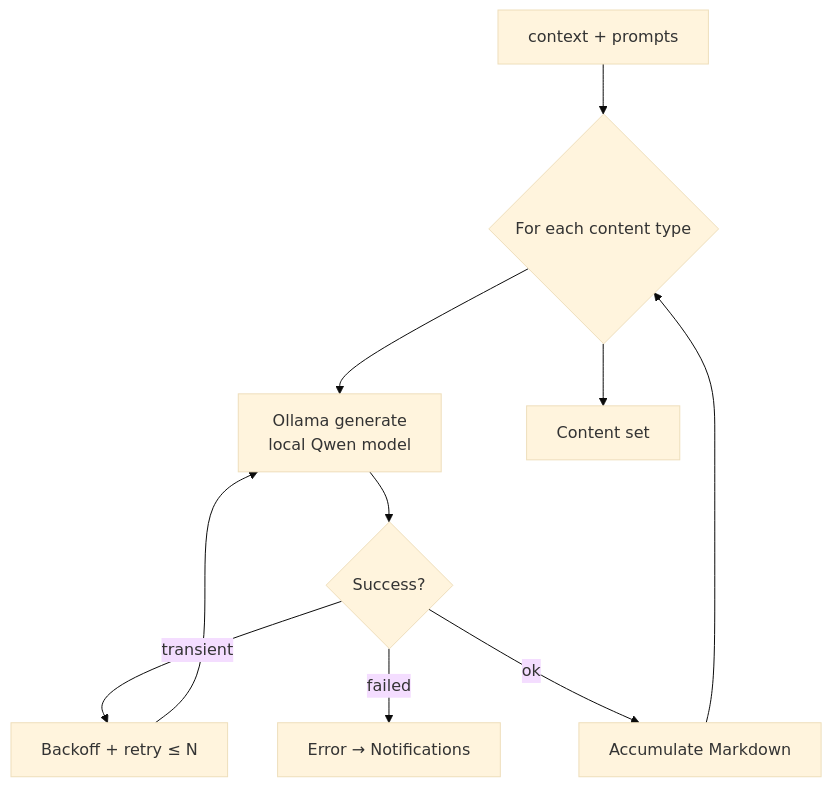
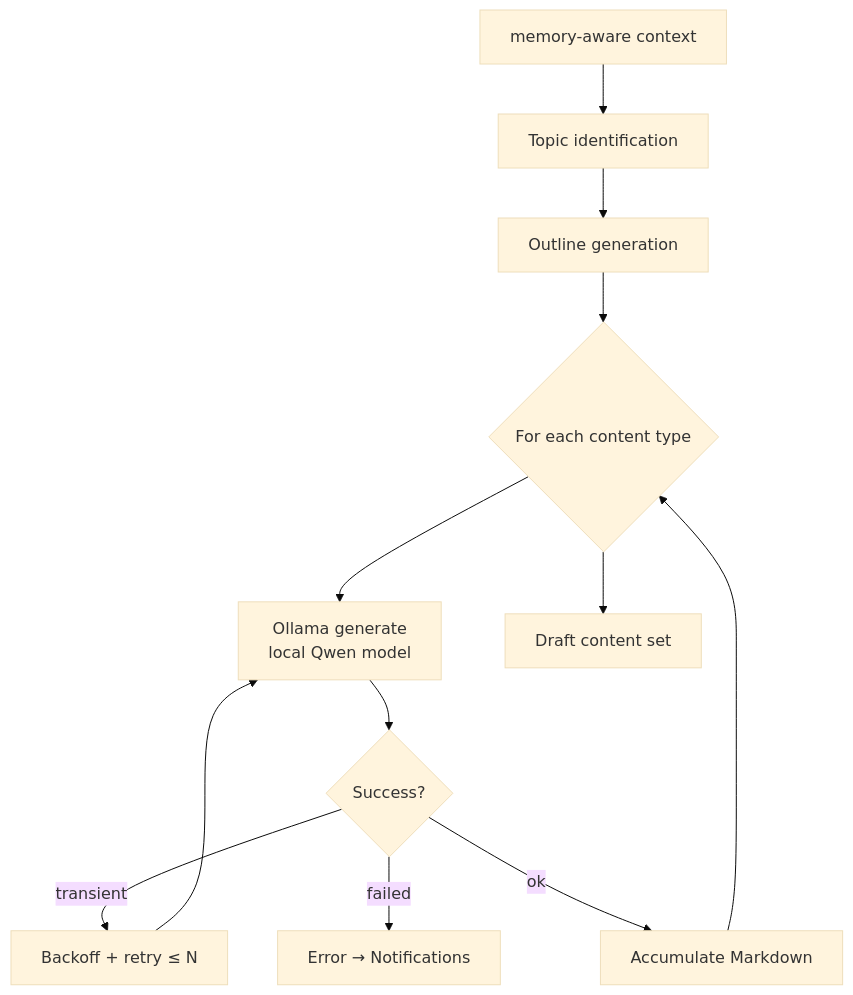
Before and after one commit to teddynted/ai-github-repository-blog-generator: the sixth of 9 diagrams in docs/workflows.md, drawn with Mermaid (base theme). The commit also changed other lines of this file and 12 other files, not shown here.

````diff
--- a/docs/workflows.md
+++ b/docs/workflows.md
@@ -91,12 +132,14 @@
 ```mermaid
 flowchart TB
-    P[context + prompts] --> LOOP{For each content type}
+    P[memory-aware context] --> TID[Topic identification]
+    TID --> OUT[Outline generation]
+    OUT --> LOOP{For each content type}
     LOOP --> OL[Ollama generate<br/>local Qwen model]
     OL --> C{Success?}
     C -- transient --> RB[Backoff + retry ≤ N]
     RB --> OL
     C -- failed --> E[Error → Notifications]
     C -- ok --> ACC[Accumulate Markdown]
     ACC --> LOOP
-    LOOP --> O[Content set]
+    LOOP --> O[Draft content set]
 ```
````
